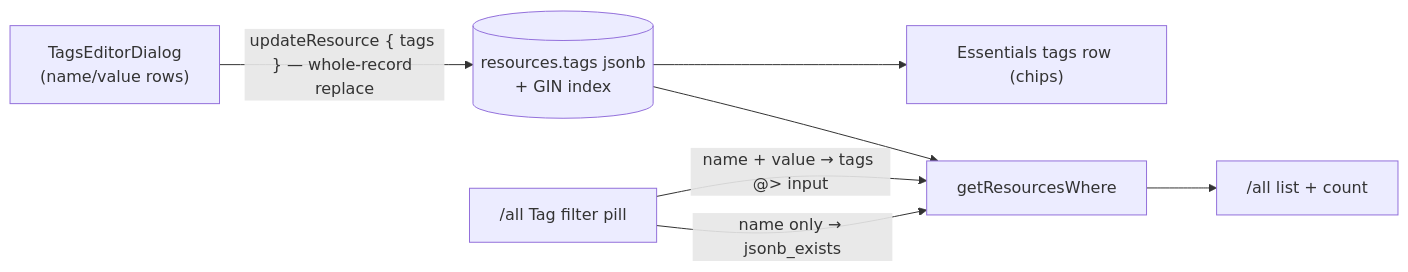
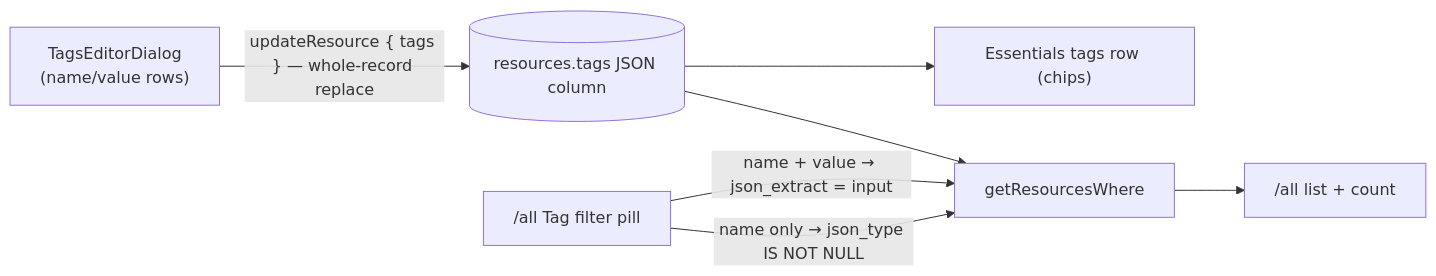
The diagram in openspec/specs/resource/tags/design.md (Esposter/Esposter), drawn with Mermaid before and after one commit. The commit also changed other lines of this file and 6 other files, not shown here.

First line of the commit message:
docs(openspec): explorer, search, bin, tags and reminder pages name D1, FTS5 and the nightly purge

````diff
--- a/openspec/specs/resource/tags/design.md
+++ b/openspec/specs/resource/tags/design.md
@@ -13,9 +13,9 @@
 ```mermaid
 flowchart LR
-  DLG["TagsEditorDialog<br/>(name/value rows)"] -->|"updateResource { tags } — whole-record replace"| COL[("resources.tags jsonb<br/>+ GIN index")]
+  DLG["TagsEditorDialog<br/>(name/value rows)"] -->|"updateResource { tags } — whole-record replace"| COL[("resources.tags JSON column")]
   COL --> ESS["Essentials tags row (chips)"]
-  PILL["/all Tag filter pill"] -->|"name + value → tags @> input"| WHERE["getResourcesWhere"]
-  PILL -->|"name only → jsonb_exists"| WHERE
+  PILL["/all Tag filter pill"] -->|"name + value → json_extract = input"| WHERE["getResourcesWhere"]
+  PILL -->|"name only → json_type IS NOT NULL"| WHERE
   COL --> WHERE
   WHERE --> LIST["/all list + count"]
 ```
````
